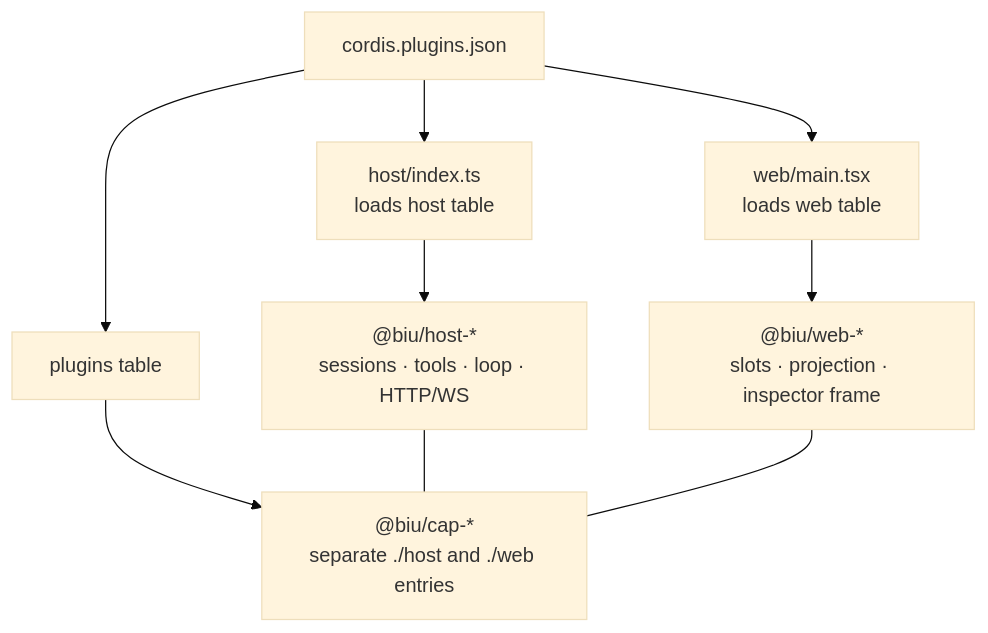
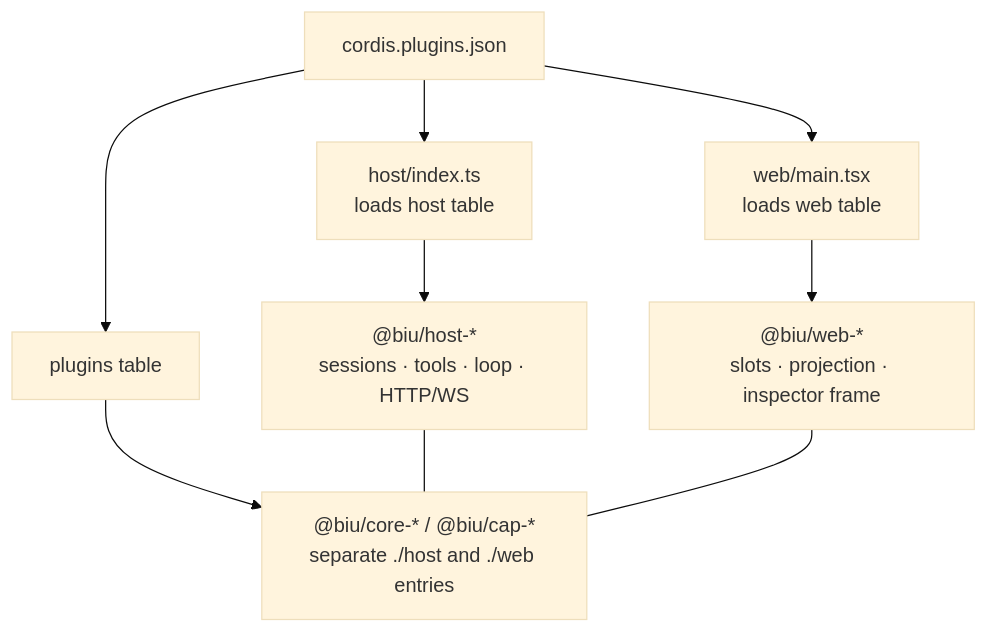
The third of 3 diagrams in README.md (helloooooooooooooo97/biu-harness), drawn with Mermaid (base theme) before and after one commit. The commit also changed other lines of this file and 23 other files, not shown here.

First line of the commit message:
feat: merge cap-tasks and cap-tasks-2 into core-task-system

````diff
--- a/README.md
+++ b/README.md
@@ -178,13 +178,13 @@
 ```mermaid
 flowchart TB
   JSON["cordis.plugins.json"]
   JSON --> HostLoad["host/index.ts<br/>loads host table"]
   JSON --> WebLoad["web/main.tsx<br/>loads web table"]
   JSON --> Caps["plugins table"]
 
   HostLoad --> Kernel["@biu/host-*<br/>sessions · tools · loop · HTTP/WS"]
   WebLoad --> Shell["@biu/web-*<br/>slots · projection · inspector frame"]
-  Caps --> Cap["@biu/cap-*<br/>separate ./host and ./web entries"]
+  Caps --> Cap["@biu/core-* / @biu/cap-*<br/>separate ./host and ./web entries"]
   Kernel --- Cap
   Shell --- Cap
 ```
````
